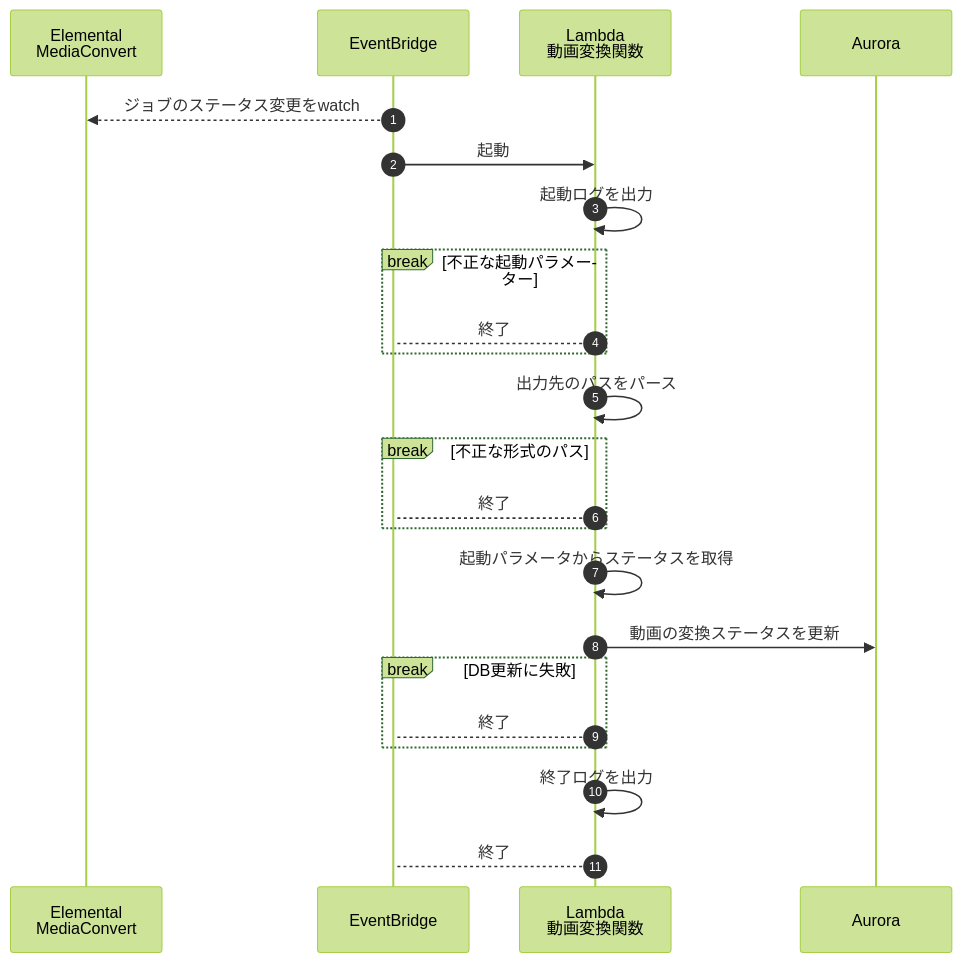
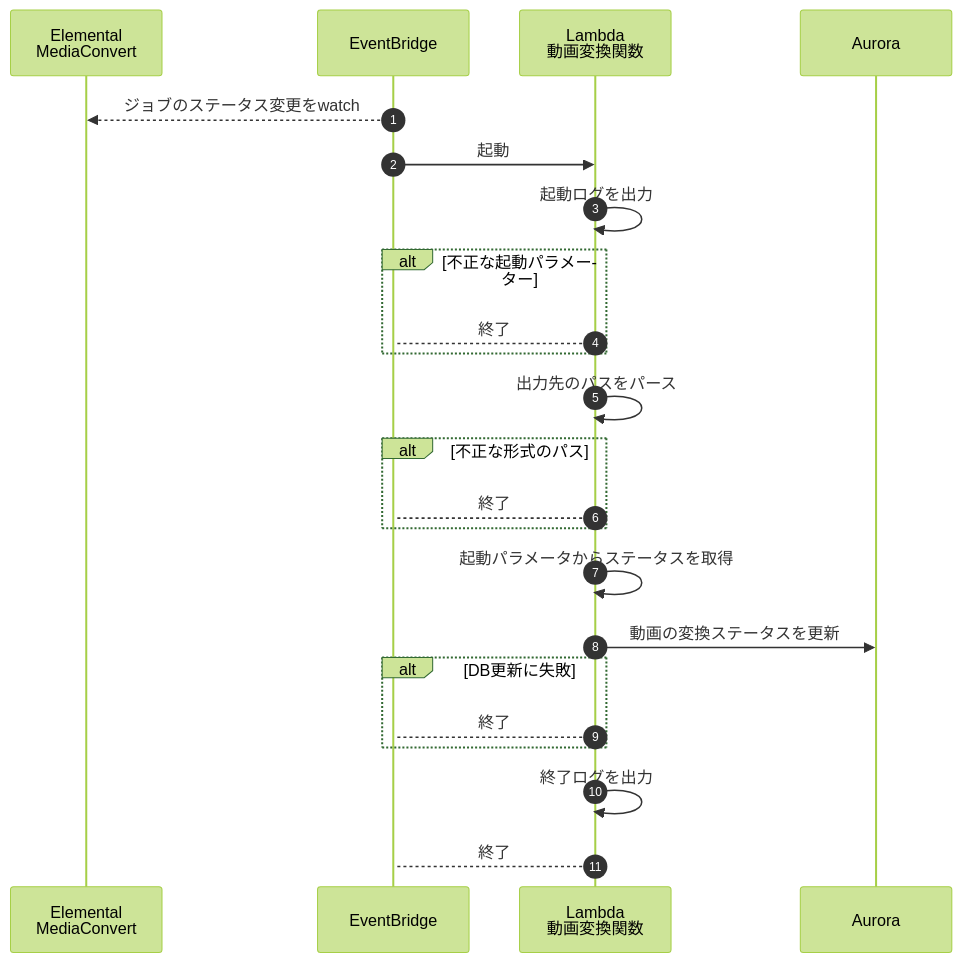
Before and after one commit to revenue-hack/dotfiles: the diagram in docs/lambda/statusmgmt_function.md, drawn with Mermaid (forest theme). The commit also changed 1 other file, not shown here.

Commit message:
break->altに変更

````diff
--- a/docs/lambda/statusmgmt_function.md
+++ b/docs/lambda/statusmgmt_function.md
@@ -3,31 +3,31 @@
 ```mermaid
 sequenceDiagram
     autonumber
     participant MC as Elemental<br>MediaConvert
     participant EB as EventBridge
     participant Lambda as Lambda<br>動画変換関数
     participant DB as Aurora
 
     EB-->>MC: ジョブのステータス変更をwatch
     EB->>Lambda: 起動
 
     Lambda->>Lambda: 起動ログを出力
 
-    break 不正な起動パラメーター
+    alt 不正な起動パラメーター
       Lambda-->EB: 終了
     end
 
     Lambda->>Lambda: 出力先のパスをパース
-    break 不正な形式のパス
+    alt 不正な形式のパス
       Lambda-->EB: 終了
     end
 
     Lambda->>Lambda: 起動パラメータからステータスを取得
     Lambda->>DB: 動画の変換ステータスを更新
-    break DB更新に失敗
+    alt DB更新に失敗
       Lambda-->EB: 終了
     end
 
     Lambda->>Lambda: 終了ログを出力
     Lambda-->EB: 終了
 ```
````
